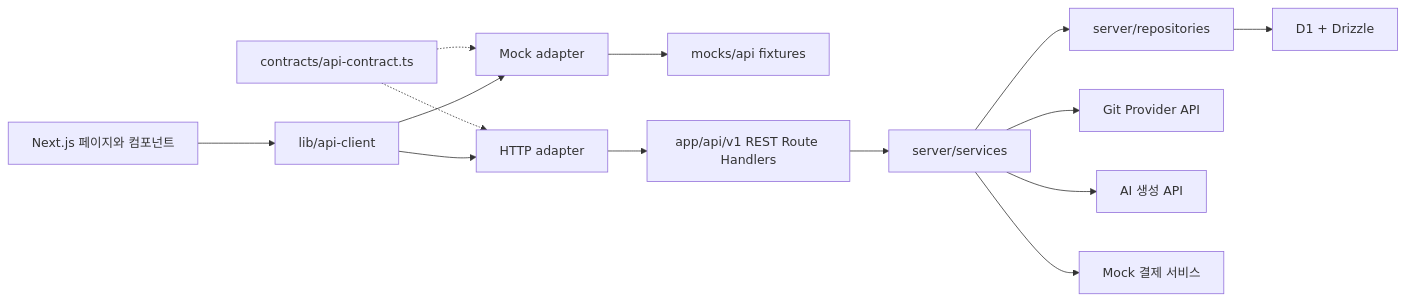
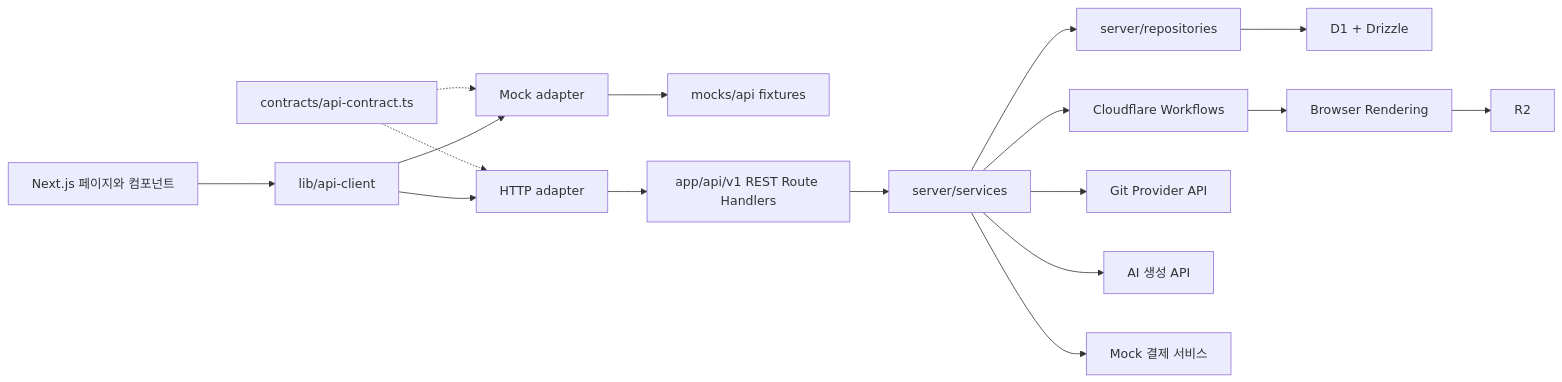
Before and after one commit to codex-hackathon-12/team12: the third of 3 diagrams in architecture.md, drawn with Mermaid. The commit also changed other lines of this file and 3 other files, not shown here.

````diff
--- a/architecture.md
+++ b/architecture.md
@@ -295,16 +295,19 @@
 ```mermaid
 flowchart LR
     UI["Next.js 페이지와 컴포넌트"] --> CLIENT["lib/api-client"]
     CONTRACT["contracts/api-contract.ts"] -.-> MOCK["Mock adapter"]
     CONTRACT -.-> HTTP["HTTP adapter"]
     CLIENT --> MOCK
     CLIENT --> HTTP
     MOCK --> FIXTURES["mocks/api fixtures"]
     HTTP --> ROUTES["app/api/v1 REST Route Handlers"]
     ROUTES --> SERVICES["server/services"]
     SERVICES --> REPOS["server/repositories"]
     REPOS --> DB["D1 + Drizzle"]
+    SERVICES --> FLOW["Cloudflare Workflows"]
+    FLOW --> RENDER["Browser Rendering"]
+    RENDER --> STORAGE["R2"]
     SERVICES --> GIT["Git Provider API"]
     SERVICES --> AI["AI 생성 API"]
     SERVICES --> PAY["Mock 결제 서비스"]
 ```
````
